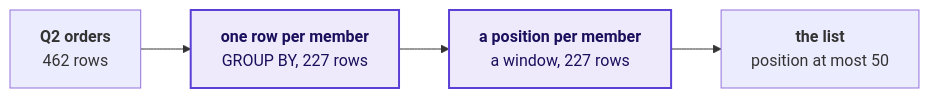
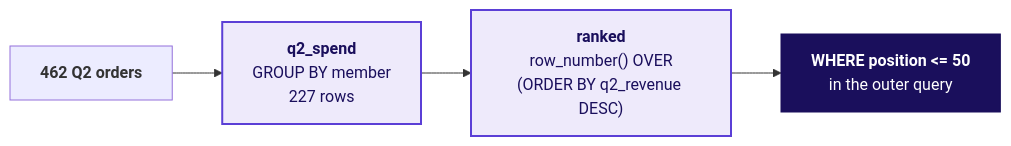
Before and after one commit to fde-academy-lab/c2-content-factory: the fourth of 20 diagrams in content/W02/D3/slides/C2_W02_D03_half1_STUDENT.md, drawn with Mermaid. The commit also changed other lines of this file and 3 other files, not shown here.

````diff
--- a/content/W02/D3/slides/C2_W02_D03_half1_STUDENT.md
+++ b/content/W02/D3/slides/C2_W02_D03_half1_STUDENT.md
@@ -149,8 +240,10 @@
 ```mermaid
 flowchart LR
-    O["<b>Q2 orders</b><br/>462 rows"] --> M["<b>one row per member</b><br/>GROUP BY, 227 rows"]
-    M --> P["<b>a position per member</b><br/>a window, 227 rows"]
-    P --> L["<b>the list</b><br/>position at most 50"]
+    O["<b>462 Q2 orders</b>"] --> S["<b>q2_spend</b><br/>GROUP BY member<br/>227 rows"]
+    S --> N["<b>ranked</b><br/>row_number() OVER<br/>(ORDER BY q2_revenue DESC)"]
+    N --> K["<b>WHERE position <= 50</b><br/>in the outer query"]
     classDef known fill:#EEEAFB,stroke:#5B3FD6,color:#1A0F5C,stroke-width:2px
-    class M,P known
+    classDef bet fill:#1A0F5C,stroke:#1A0F5C,color:#FFFFFF
+    class S,N known
+    class K bet
 ```
````
